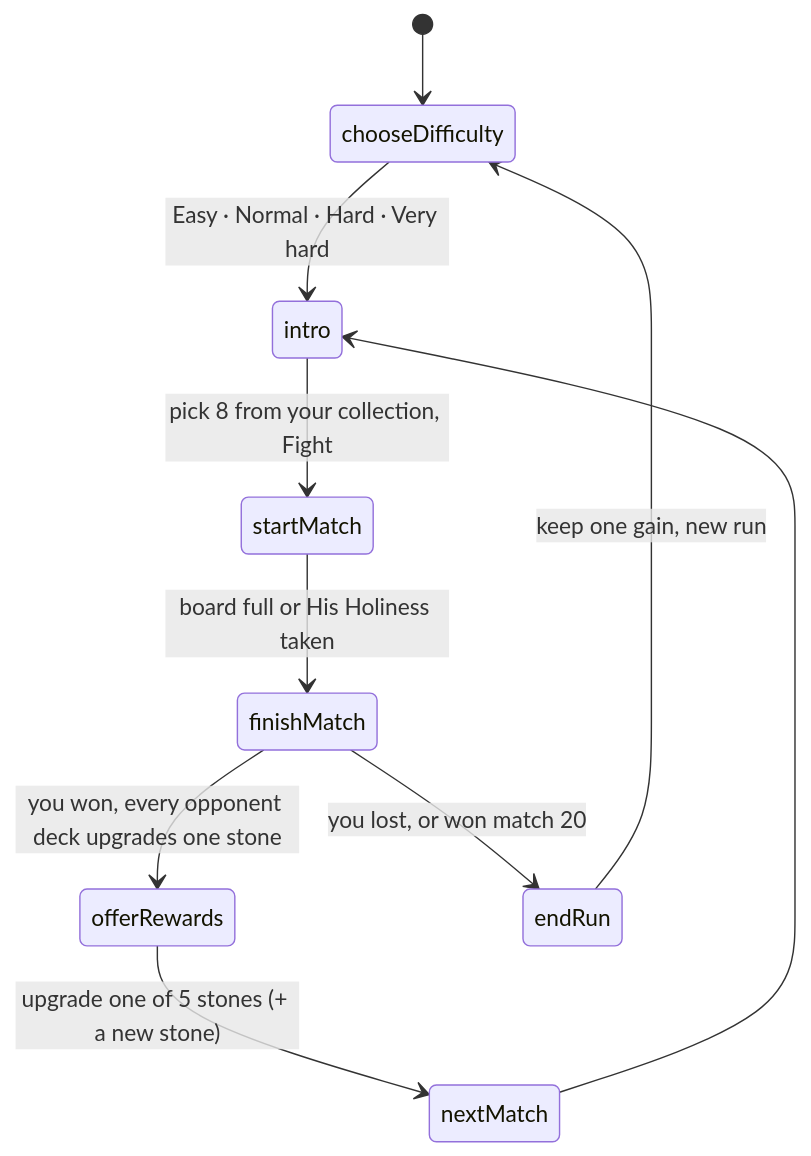
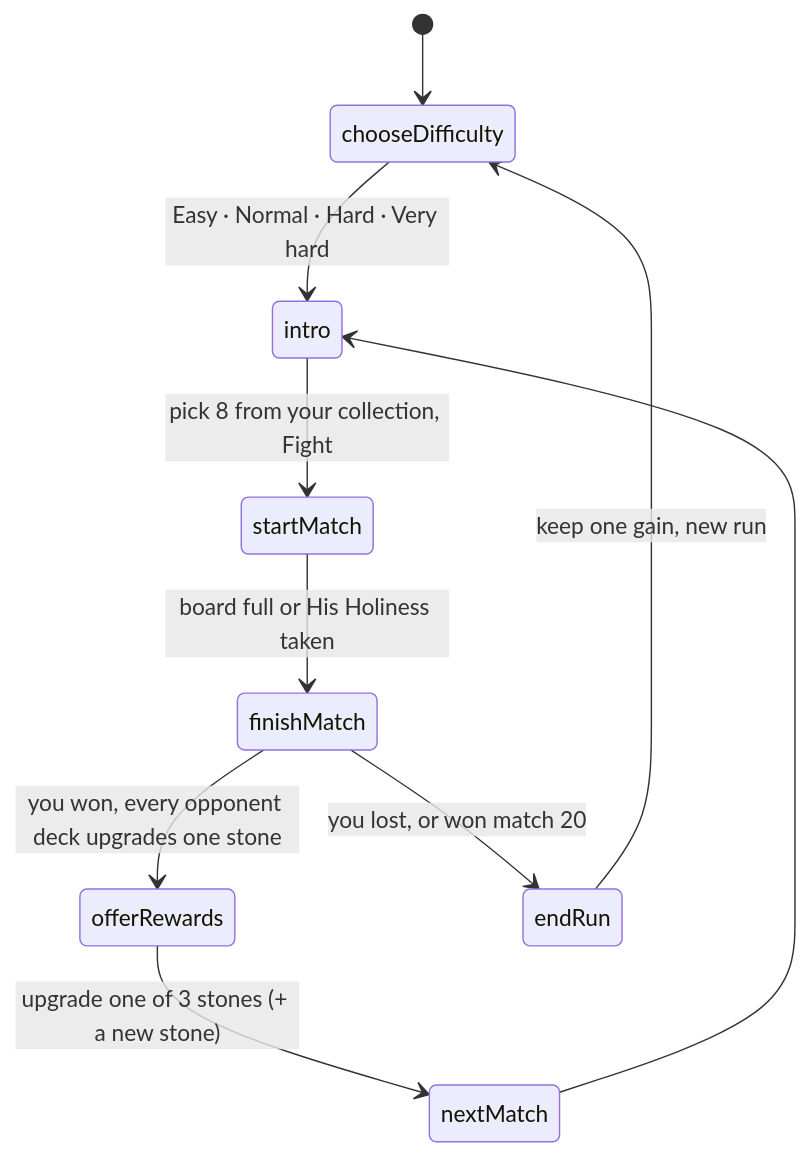
One commit to louisvandenbruwaene/rook-like changed the eighth of 8 diagrams in README.md. Above: the diagram before and after it, drawn with Mermaid. The commit also changed other lines of this file and 1 other file, not shown here.

Commit message:
Rook-like: rules text says three upgrade choices and keeping any stone of the run

````diff
--- a/README.md
+++ b/README.md
@@ -230,12 +230,12 @@
 ```mermaid
 stateDiagram-v2
     [*] --> chooseDifficulty
     chooseDifficulty --> intro : Easy · Normal · Hard · Very hard
     intro --> startMatch : pick 8 from your collection, Fight
     startMatch --> finishMatch : board full or His Holiness taken
     finishMatch --> offerRewards : you won, every opponent deck upgrades one stone
-    offerRewards --> nextMatch : upgrade one of 5 stones (+ a new stone)
+    offerRewards --> nextMatch : upgrade one of 3 stones (+ a new stone)
     nextMatch --> intro
     finishMatch --> endRun : you lost, or won match 20
     endRun --> chooseDifficulty : keep one gain, new run
 ```
````
